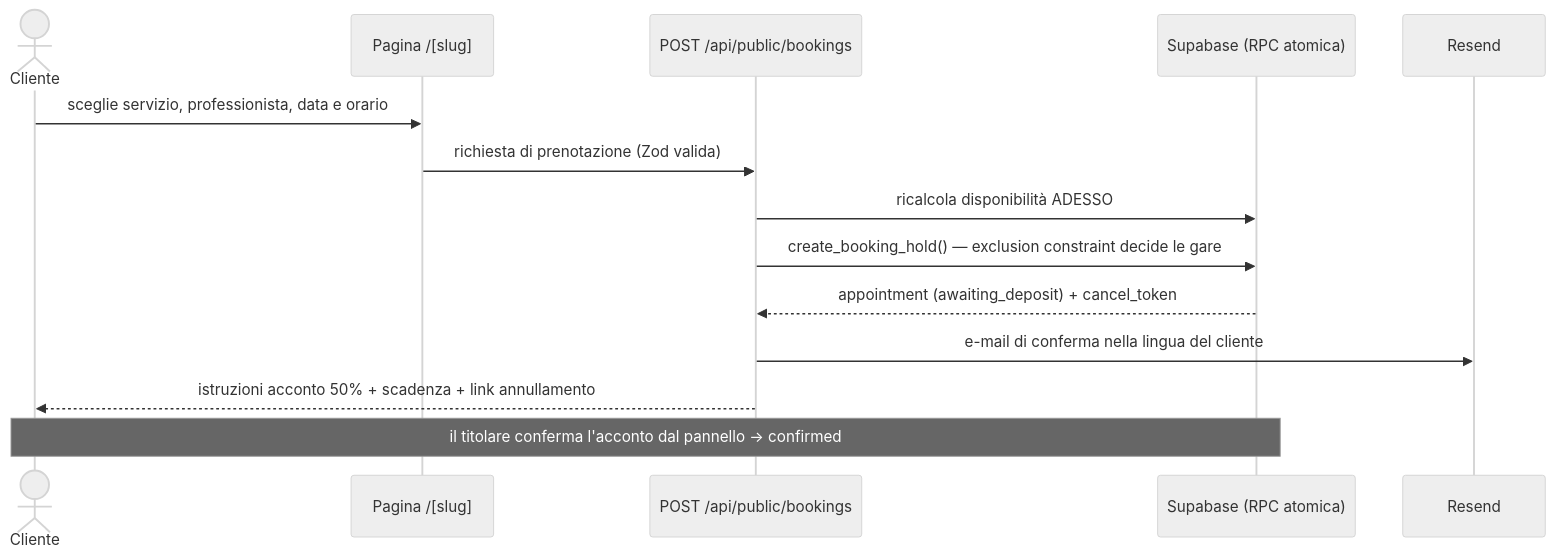
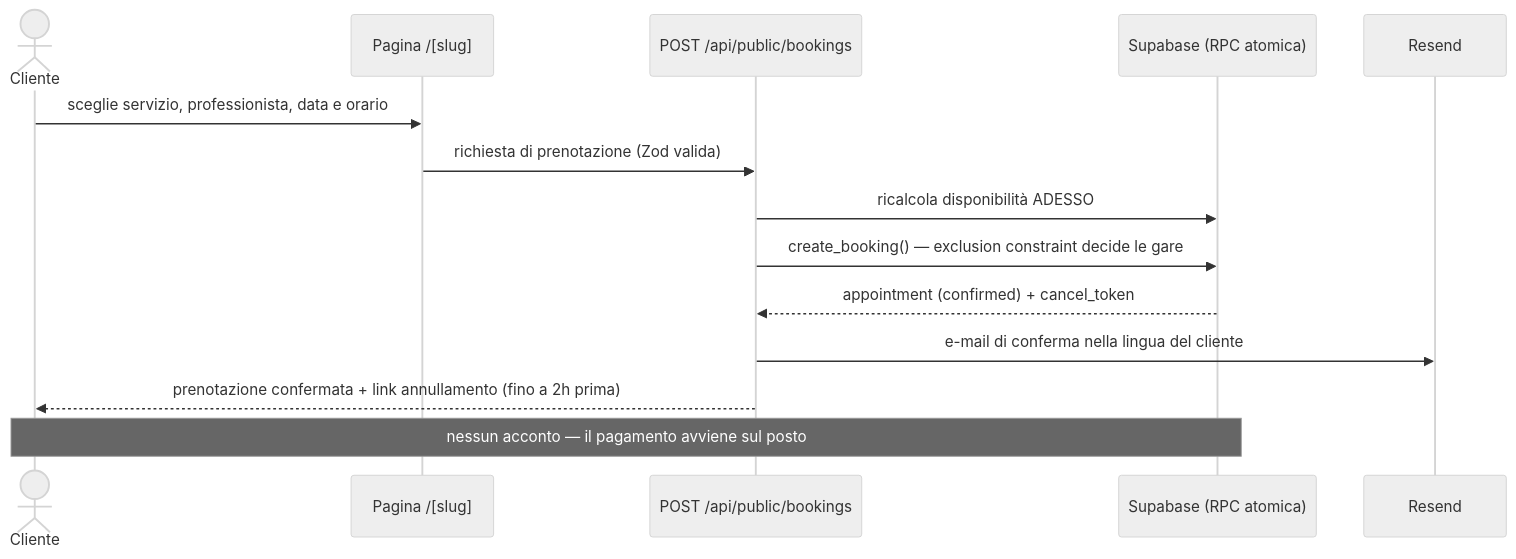
One commit to kallebesiqueira-dev/agenda-easy-it changed the third of 4 diagrams in README.md. Above: the diagram before and after it, drawn with Mermaid (neutral theme). The commit also changed other lines of this file and 36 other files, not shown here.

First line of the commit message:
Prodotti, piani/promozioni e prenotazione diretta senza acconto

````diff
--- a/README.md
+++ b/README.md
@@ -140,17 +148,17 @@
 ```mermaid
 sequenceDiagram
     actor C as Cliente
     participant P as Pagina /[slug]
     participant A as POST /api/public/bookings
     participant DB as Supabase (RPC atomica)
     participant R as Resend
 
     C->>P: sceglie servizio, professionista, data e orario
     P->>A: richiesta di prenotazione (Zod valida)
     A->>DB: ricalcola disponibilità ADESSO
-    A->>DB: create_booking_hold() — exclusion constraint decide le gare
-    DB-->>A: appointment (awaiting_deposit) + cancel_token
+    A->>DB: create_booking() — exclusion constraint decide le gare
+    DB-->>A: appointment (confirmed) + cancel_token
     A->>R: e-mail di conferma nella lingua del cliente
-    A-->>C: istruzioni acconto 50% + scadenza + link annullamento
-    Note over C,DB: il titolare conferma l'acconto dal pannello → confirmed
+    A-->>C: prenotazione confermata + link annullamento (fino a 2h prima)
+    Note over C,DB: nessun acconto — il pagamento avviene sul posto
 ```
````
